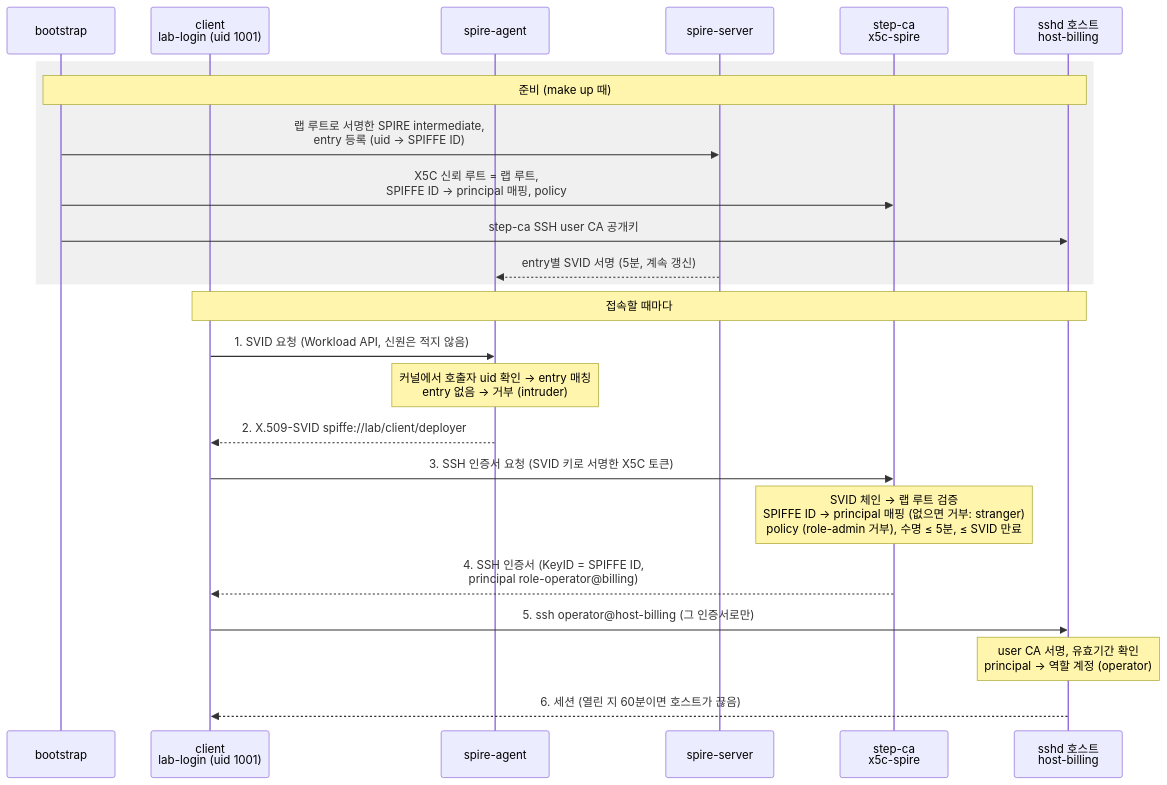
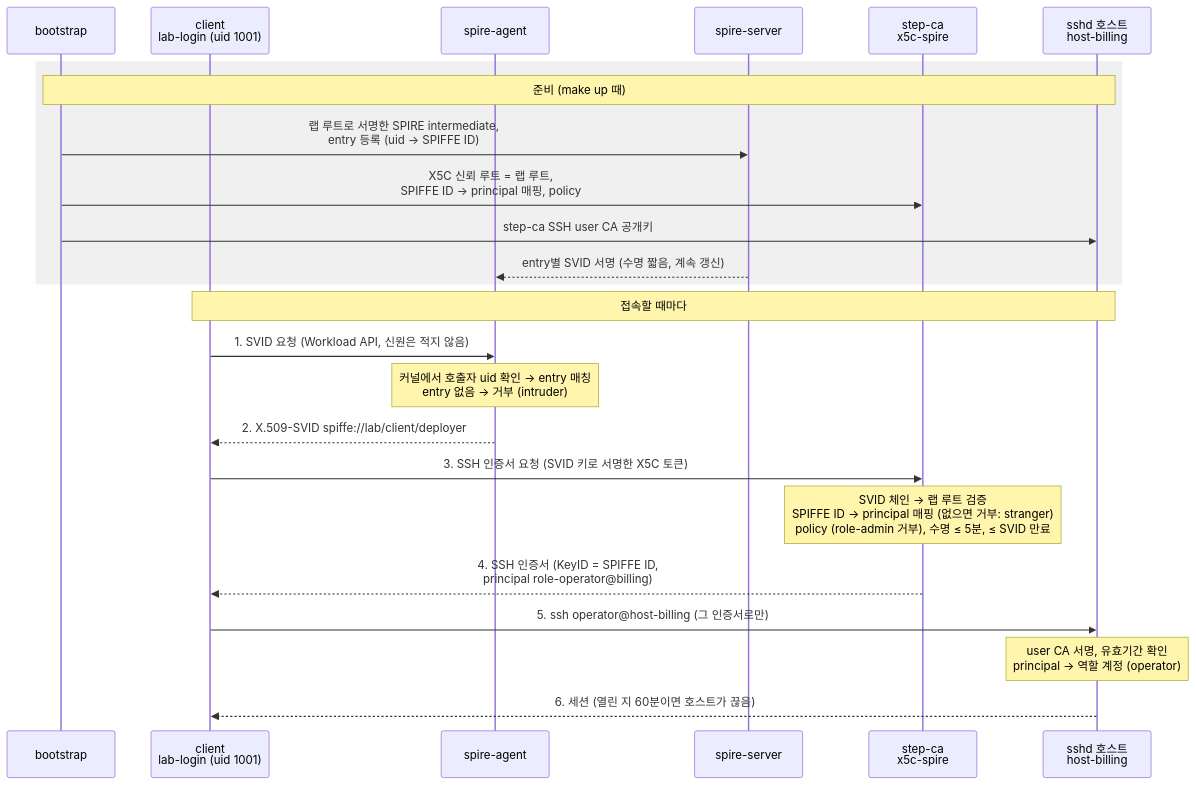
One commit to gnu-gnu/lampson-lab changed the diagram in README.md. Above: the diagram before and after it, drawn with Mermaid. The commit also changed other lines of this file, not shown here.

````diff
--- a/README.md
+++ b/README.md
@@ -9,28 +103,28 @@
 ```mermaid
 sequenceDiagram
   participant B as bootstrap
   participant U as client<br/>lab-login (uid 1001)
   participant A as spire-agent
   participant S as spire-server
   participant CA as step-ca<br/>x5c-spire
   participant H as sshd 호스트<br/>host-billing
 
   rect rgba(128, 128, 128, 0.12)
     Note over B,H: 준비 (make up 때)
     B->>S: 랩 루트로 서명한 SPIRE intermediate,<br/>entry 등록 (uid → SPIFFE ID)
     B->>CA: X5C 신뢰 루트 = 랩 루트,<br/>SPIFFE ID → principal 매핑, policy
     B->>H: step-ca SSH user CA 공개키
-    S-->>A: entry별 SVID 서명 (5분, 계속 갱신)
+    S-->>A: entry별 SVID 서명 (수명 짧음, 계속 갱신)
   end
 
   Note over U,H: 접속할 때마다
   U->>A: 1. SVID 요청 (Workload API, 신원은 적지 않음)
   Note over A: 커널에서 호출자 uid 확인 → entry 매칭<br/>entry 없음 → 거부 (intruder)
   A-->>U: 2. X.509-SVID spiffe://lab/client/deployer
   U->>CA: 3. SSH 인증서 요청 (SVID 키로 서명한 X5C 토큰)
   Note over CA: SVID 체인 → 랩 루트 검증<br/>SPIFFE ID → principal 매핑 (없으면 거부: stranger)<br/>policy (role-admin 거부), 수명 ≤ 5분, ≤ SVID 만료
   CA-->>U: 4. SSH 인증서 (KeyID = SPIFFE ID,<br/>principal role-operator@billing)
   U->>H: 5. ssh operator@host-billing (그 인증서로만)
   Note over H: user CA 서명, 유효기간 확인<br/>principal → 역할 계정 (operator)
   H-->>U: 6. 세션 (열린 지 60분이면 호스트가 끊음)
 ```
````
